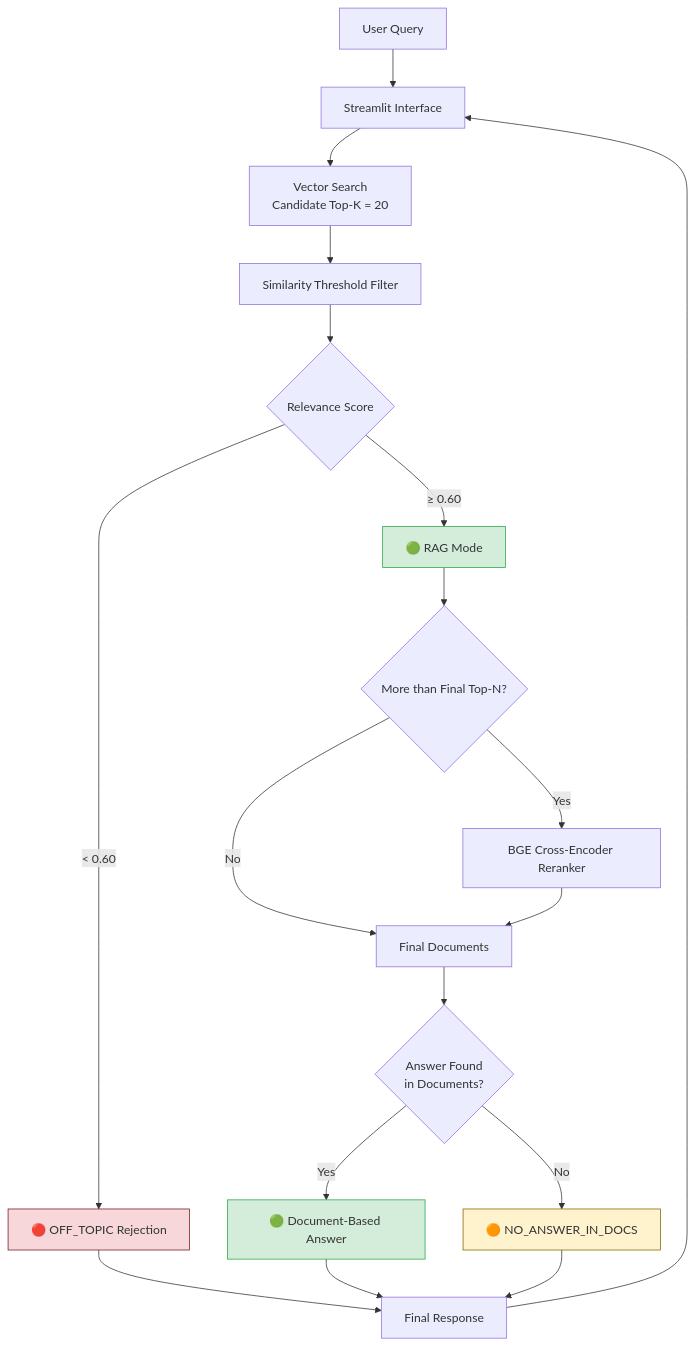
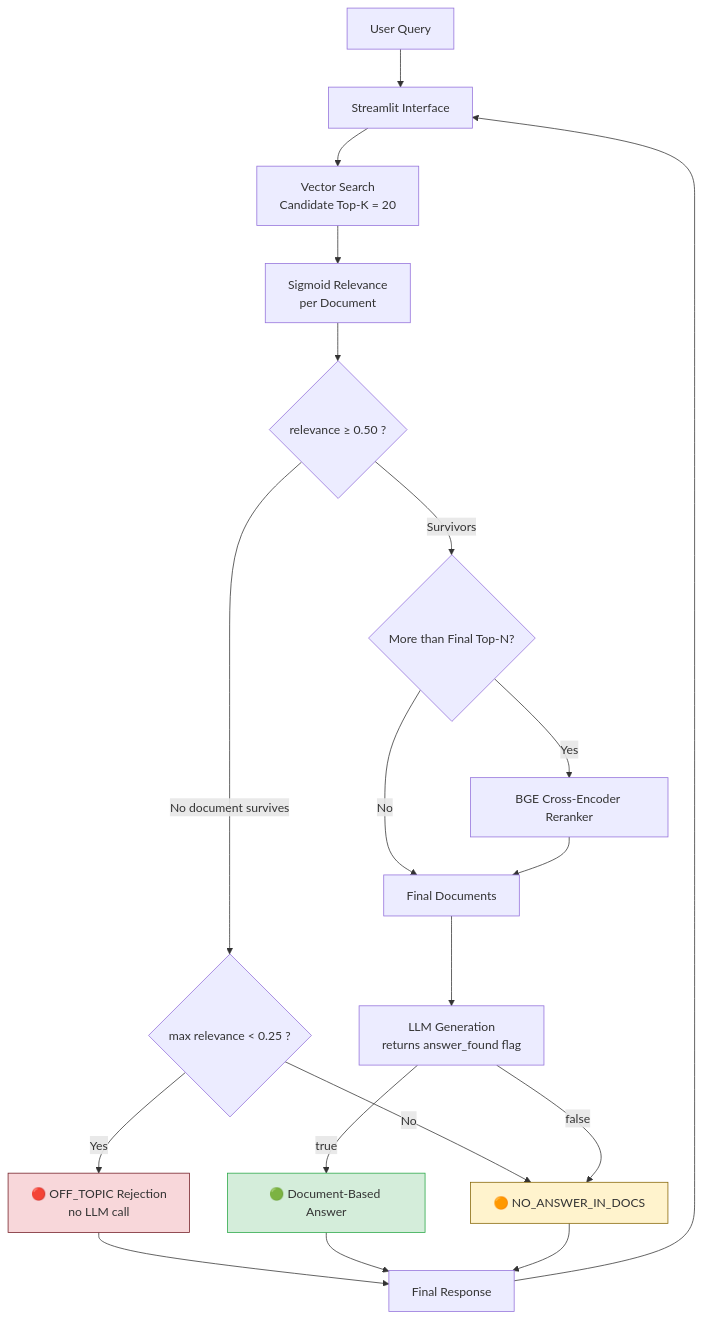
One commit to ChangYeongJeong1103/oled-assistant changed the diagram in README.md. Above: the diagram before and after it, drawn with Mermaid. The commit also changed other lines of this file and 7 other files, not shown here.

Commit message:
Update per-document relevance

````diff
--- a/README.md
+++ b/README.md
@@ -103,30 +104,29 @@
 ```mermaid
 graph TD
     User[User Query] --> UI[Streamlit Interface]
     UI --> VectorSearch[Vector Search<br/>Candidate Top-K = 20]
-    VectorSearch --> Filter[Similarity Threshold Filter]
-    Filter --> Scorer{Relevance Score}
-    
-    Scorer -->|"≥ 0.60"| RAG[🟢 RAG Mode]
-    Scorer -->|"< 0.60"| Reject[🔴 OFF_TOPIC Rejection]
-    
-    RAG --> Rerank{More than Final Top-N?}
+    VectorSearch --> Score[Sigmoid Relevance<br/>per Document]
+    Score --> Filter{relevance ≥ 0.50 ?}
+
+    Filter -->|No document survives| Gate{max relevance < 0.25 ?}
+    Gate -->|Yes| Reject[🔴 OFF_TOPIC Rejection<br/>no LLM call]
+    Gate -->|No| NoAnswer[🟠 NO_ANSWER_IN_DOCS]
+
+    Filter -->|Survivors| Rerank{More than Final Top-N?}
     Rerank -->|Yes| CrossEncoder[BGE Cross-Encoder Reranker]
     Rerank -->|No| FinalDocs[Final Documents]
     CrossEncoder --> FinalDocs
-    
-    FinalDocs --> Check{Answer Found<br/>in Documents?}
-    
-    Check -->|Yes| Answer[🟢 Document-Based Answer]
-    Check -->|No| NoAnswer[🟠 NO_ANSWER_IN_DOCS]
-    
+
+    FinalDocs --> LLM[LLM Generation<br/>returns answer_found flag]
+    LLM -->|true| Answer[🟢 Document-Based Answer]
+    LLM -->|false| NoAnswer
+
     Reject --> Final[Final Response]
     Answer --> Final
     NoAnswer --> Final
     Final --> UI
-    
-    style RAG fill:#d4edda,stroke:#28a745
+
     style Answer fill:#d4edda,stroke:#28a745
     style NoAnswer fill:#fff3cd,stroke:#856404
     style Reject fill:#f8d7da,stroke:#721c24
 ```
````
